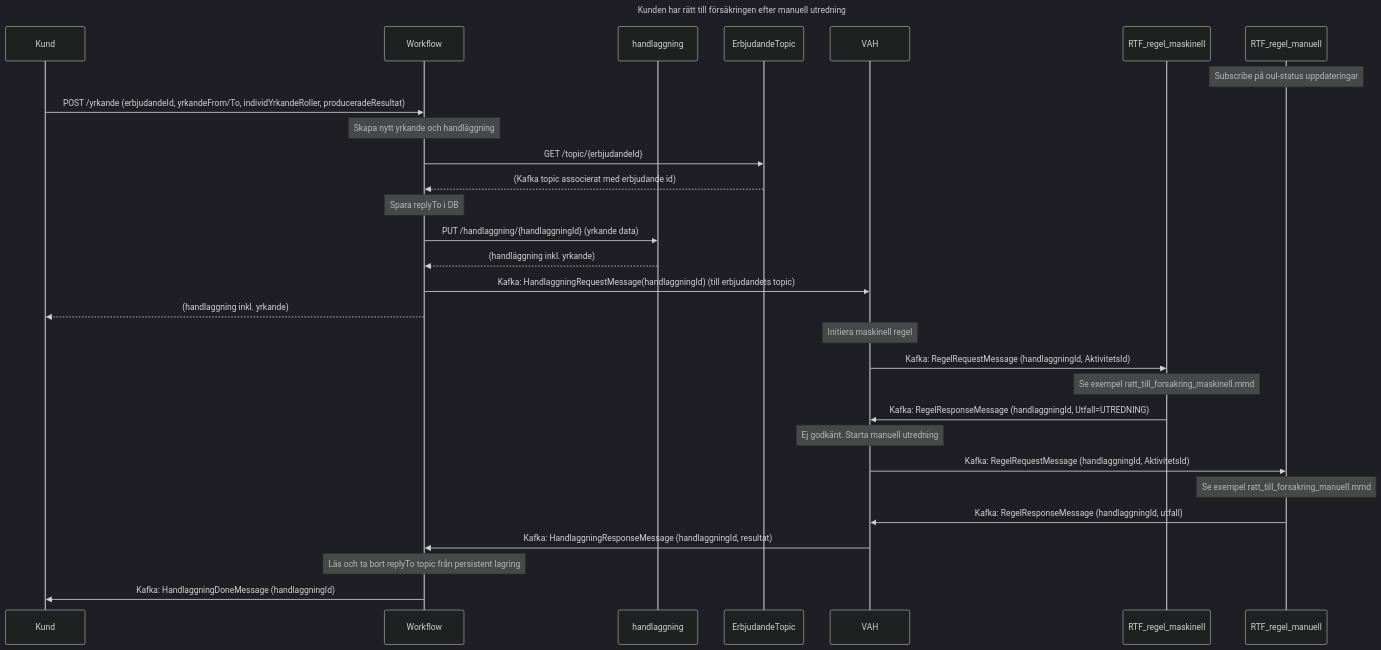
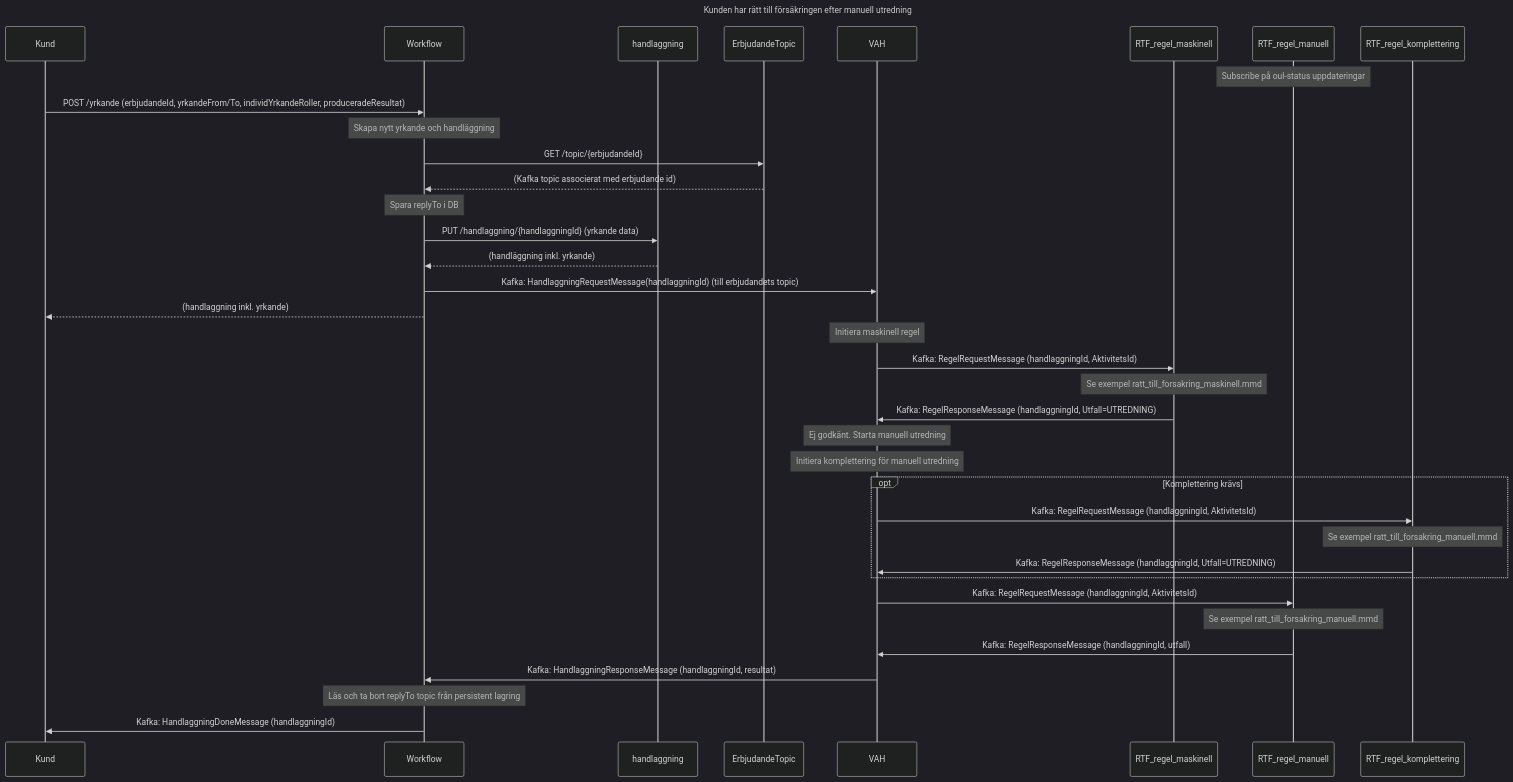
Before and after one commit to Forsakringskassan/rimfrost: the diagram in sequences/ratt_till_forsakring_flode.mmd, drawn with Mermaid (dark theme).

Commit message:
fix: Add optional komplettering step to RTF-flödet

```diff
--- a/sequences/ratt_till_forsakring_flode.mmd
+++ b/sequences/ratt_till_forsakring_flode.mmd
@@ -1,43 +1,53 @@
 sequenceDiagram
     title Kunden har rätt till försäkringen efter manuell utredning
     participant Kund
     participant Workflow
     participant handlaggning
     participant ErbjudandeTopic
     participant VAH
     participant RTF_regel_maskinell
     participant RTF_regel_manuell
 
     note over RTF_regel_manuell: Subscribe på oul-status uppdateringar
 
     Kund ->> Workflow: POST /yrkande (erbjudandeId, yrkandeFrom/To, individYrkandeRoller, produceradeResultat)
     note over Workflow: Skapa nytt yrkande och handläggning
 
     Workflow ->> ErbjudandeTopic: GET /topic/{erbjudandeId}
     ErbjudandeTopic -->> Workflow: (Kafka topic associerat med erbjudande id)
     note over Workflow: Spara replyTo i DB
     Workflow ->> handlaggning: PUT /handlaggning/{handlaggningId} (yrkande data)
     handlaggning -->> Workflow: (handläggning inkl. yrkande)
 
     Workflow ->> VAH: Kafka: HandlaggningRequestMessage(handlaggningId) (till erbjudandets topic)
     Workflow -->> Kund: (handlaggning inkl. yrkande)
 
     note over VAH: Initiera maskinell regel
 
     VAH ->> RTF_regel_maskinell: Kafka: RegelRequestMessage (handlaggningId, AktivitetsId)
 
     note over RTF_regel_maskinell: Se exempel ratt_till_forsakring_maskinell.mmd
 
     RTF_regel_maskinell ->> VAH: Kafka: RegelResponseMessage (handlaggningId, Utfall=UTREDNING)
     note over VAH: Ej godkänt. Starta manuell utredning
 
+    note over VAH: Initiera komplettering för manuell utredning
+
+    opt Komplettering krävs
+        VAH ->> RTF_regel_komplettering: Kafka: RegelRequestMessage (handlaggningId, AktivitetsId)
+
+        note over RTF_regel_komplettering: Se exempel ratt_till_forsakring_manuell.mmd
+
+        RTF_regel_komplettering ->> VAH: Kafka: RegelResponseMessage (handlaggningId, Utfall=UTREDNING)
+    end
+
     VAH ->> RTF_regel_manuell: Kafka: RegelRequestMessage (handlaggningId, AktivitetsId)
 
     note over RTF_regel_manuell: Se exempel ratt_till_forsakring_manuell.mmd
 
     RTF_regel_manuell ->> VAH: Kafka: RegelResponseMessage (handlaggningId, utfall)
 
     VAH ->> Workflow: Kafka: HandlaggningResponseMessage (handlaggningId, resultat)
     note over Workflow: Läs och ta bort replyTo topic från persistent lagring
 
     Workflow ->> Kund: Kafka: HandlaggningDoneMessage (handlaggningId)
```
